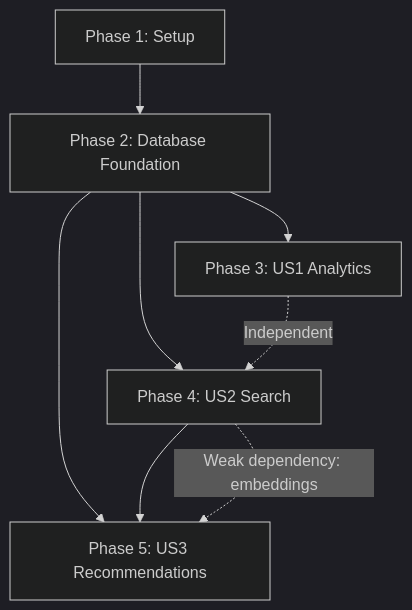
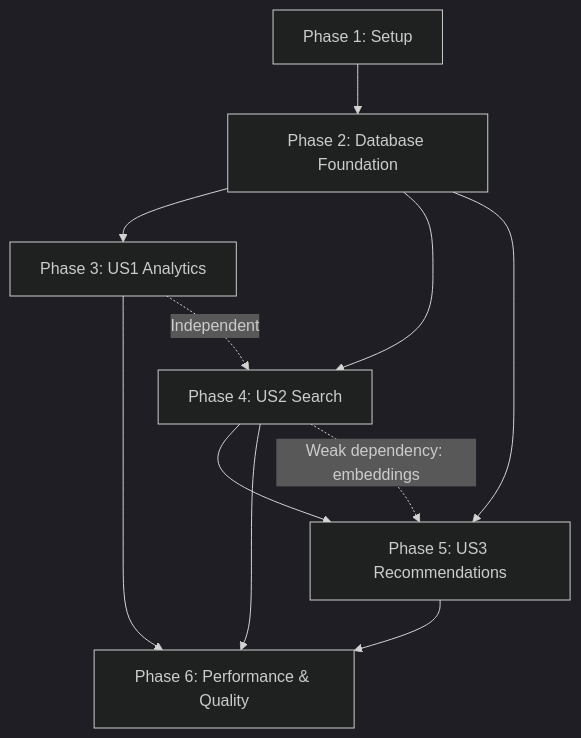
The diagram in specs/002-data-discovery-analytics/tasks.md (wyattowalsh/ai-web-feeds), drawn with Mermaid (dark theme) before and after one commit. The commit also changed other lines of this file and 1 other file, not shown here.

````diff
--- a/specs/002-data-discovery-analytics/tasks.md
+++ b/specs/002-data-discovery-analytics/tasks.md
@@ -318,12 +411,15 @@
 ```mermaid
 graph TD
     P1[Phase 1: Setup] --> P2[Phase 2: Database Foundation]
     P2 --> P3[Phase 3: US1 Analytics]
     P2 --> P4[Phase 4: US2 Search]
     P2 --> P5[Phase 5: US3 Recommendations]
     
     P4 --> P5
+    P3 --> P6[Phase 6: Performance & Quality]
+    P4 --> P6
+    P5 --> P6
     
     P3 -.->|Independent| P4
     P4 -.->|Weak dependency: embeddings| P5
 ```
````
